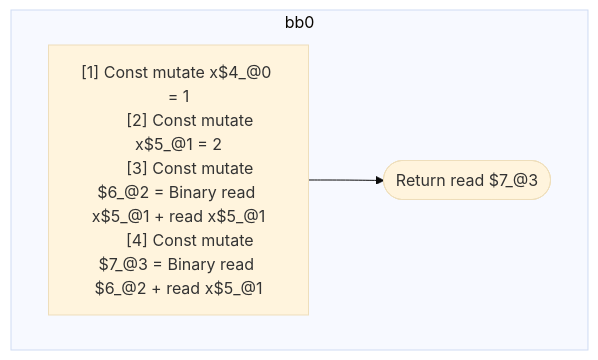
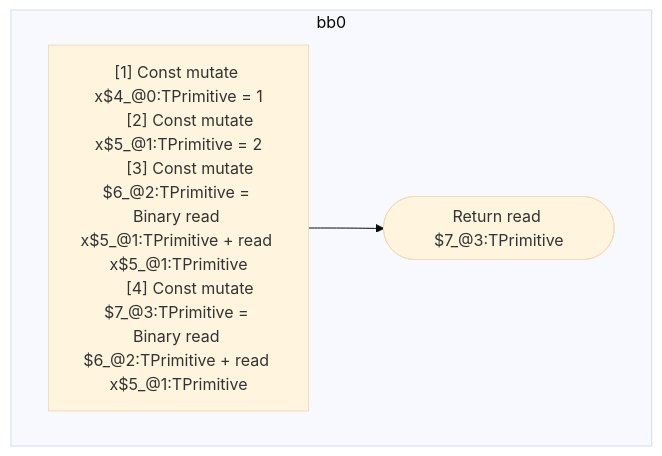
The diagram in compiler/forget/src/__tests__/fixtures/hir/_bug_expression-with-assignment.expect.md (wutsmog/private), drawn with Mermaid (base theme) before and after one commit. The commit also changed other lines of this file and 112 other files, not shown here.

````diff
--- a/compiler/forget/src/__tests__/fixtures/hir/_bug_expression-with-assignment.expect.md
+++ b/compiler/forget/src/__tests__/fixtures/hir/_bug_expression-with-assignment.expect.md
@@ -47,16 +47,16 @@
 ```mermaid
 flowchart TB
   %% Basic Blocks
   subgraph bb0
     bb0_instrs["
-      [1] Const mutate x$4_@0 = 1
-      [2] Const mutate x$5_@1 = 2
-      [3] Const mutate $6_@2 = Binary read x$5_@1 + read x$5_@1
-      [4] Const mutate $7_@3 = Binary read $6_@2 + read x$5_@1
+      [1] Const mutate x$4_@0:TPrimitive = 1
+      [2] Const mutate x$5_@1:TPrimitive = 2
+      [3] Const mutate $6_@2:TPrimitive = Binary read x$5_@1:TPrimitive + read x$5_@1:TPrimitive
+      [4] Const mutate $7_@3:TPrimitive = Binary read $6_@2:TPrimitive + read x$5_@1:TPrimitive
     "]
-    bb0_instrs --> bb0_terminal(["Return read $7_@3"])
+    bb0_instrs --> bb0_terminal(["Return read $7_@3:TPrimitive"])
   end
 
   %% Jumps
   %% empty
 ```
````
